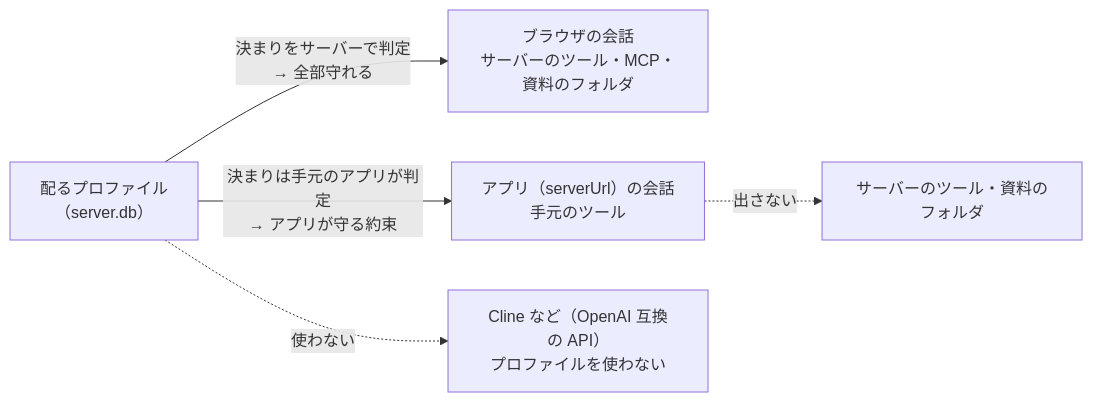
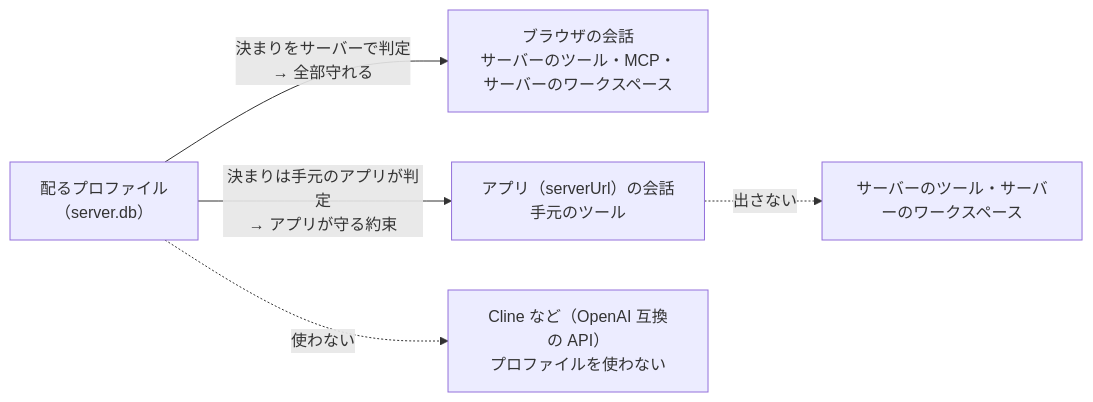
Before and after one commit to secondarykey/aibow: the sixth of 7 diagrams in _docs/diagrams-profiles.md, drawn with Mermaid. The commit also changed other lines of this file and 13 other files, not shown here.

````diff
--- a/_docs/diagrams-profiles.md
+++ b/_docs/diagrams-profiles.md
@@ -137,8 +137,8 @@
 ```mermaid
 flowchart LR
   P["配るプロファイル<br/>（server.db）"]
-  P -->|"決まりをサーバーで判定<br/>→ 全部守れる"| BR["ブラウザの会話<br/>サーバーのツール・MCP・資料のフォルダ"]
+  P -->|"決まりをサーバーで判定<br/>→ 全部守れる"| BR["ブラウザの会話<br/>サーバーのツール・MCP・サーバーのワークスペース"]
   P -->|"決まりは手元のアプリが判定<br/>→ アプリが守る約束"| APP["アプリ（serverUrl）の会話<br/>手元のツール"]
   P -.->|"使わない"| CL["Cline など（OpenAI 互換の API）<br/>プロファイルを使わない"]
-  APP -.->|"出さない"| SRVT["サーバーのツール・資料のフォルダ"]
+  APP -.->|"出さない"| SRVT["サーバーのツール・サーバーのワークスペース"]
 ```
````
